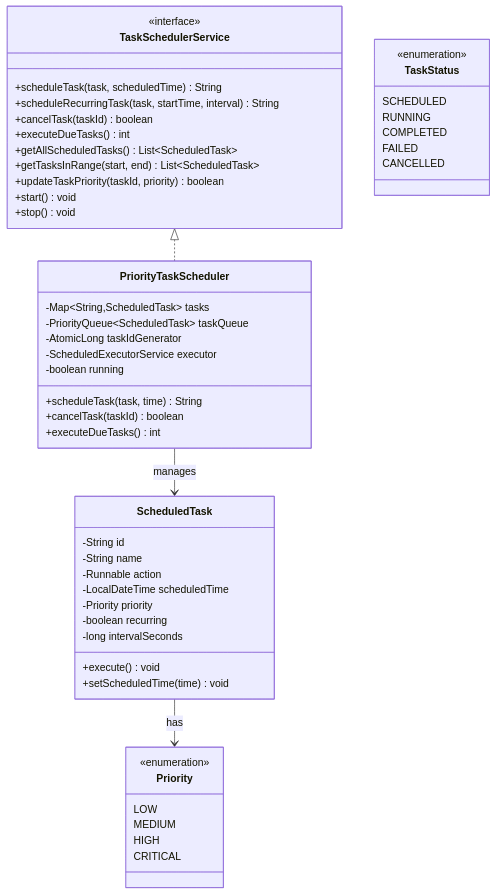
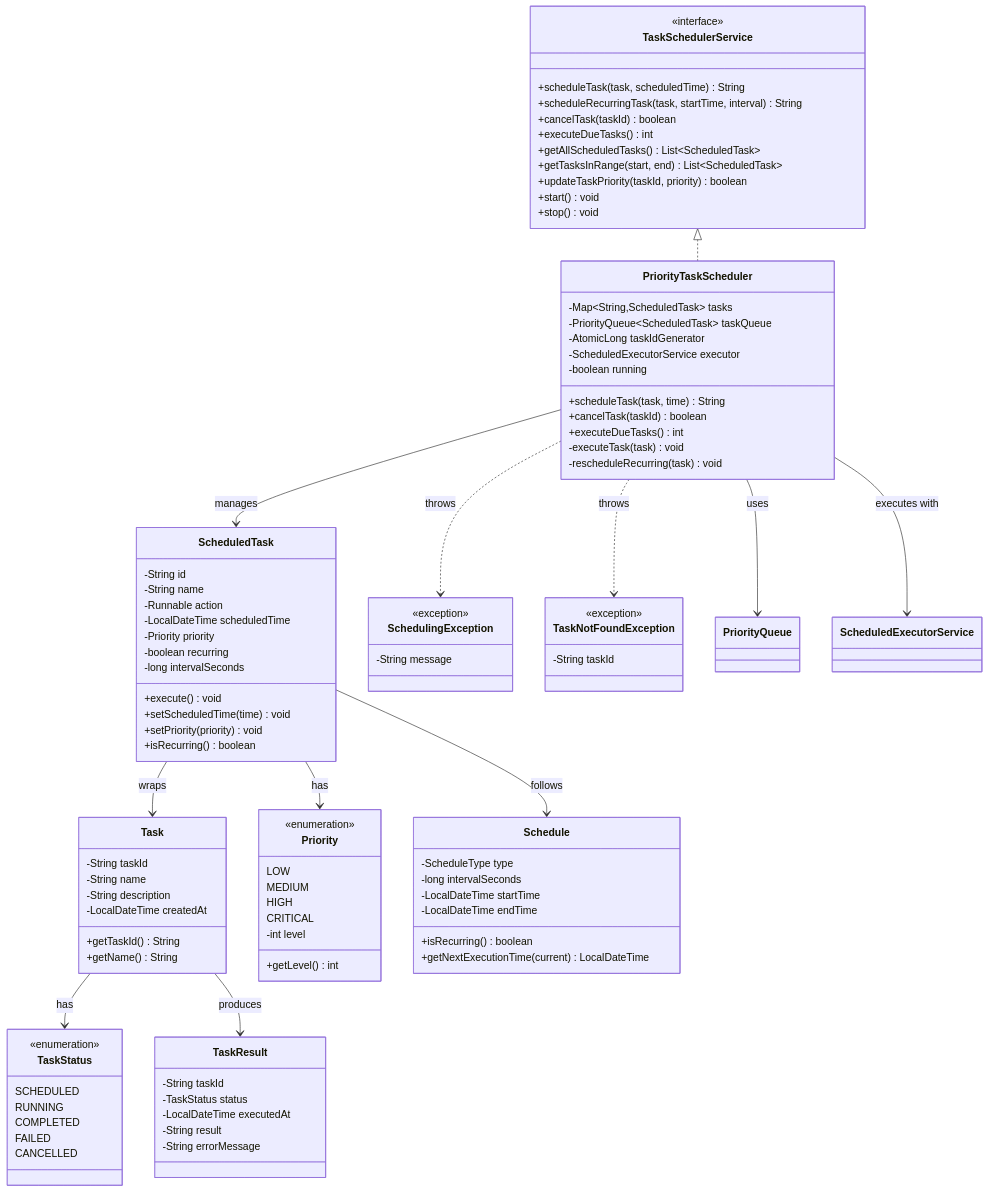
Before and after one commit to dlkr18/lld-playbook: the diagram in docs/problems/taskscheduler/README.md, drawn with Mermaid. The commit also changed other lines of this file and 86 other files, not shown here.

````diff
--- a/docs/problems/taskscheduler/README.md
+++ b/docs/problems/taskscheduler/README.md
@@ -106,6 +106,8 @@
         +scheduleTask(task, time) String
         +cancelTask(taskId) boolean
         +executeDueTasks() int
+        -executeTask(task) void
+        -rescheduleRecurring(task) void
     }
     
     class ScheduledTask {
@@ -118,6 +120,17 @@
         -long intervalSeconds
         +execute() void
         +setScheduledTime(time) void
+        +setPriority(priority) void
+        +isRecurring() boolean
+    }
+    
+    class Task {
+        -String taskId
+        -String name
+        -String description
+        -LocalDateTime createdAt
+        +getTaskId() String
+        +getName() String
     }
     
     class Priority {
@@ -126,6 +139,8 @@
         MEDIUM
         HIGH
         CRITICAL
+        -int level
+        +getLevel() int
     }
     
     class TaskStatus {
@@ -137,7 +152,42 @@
         CANCELLED
     }
     
+    class TaskResult {
+        -String taskId
+        -TaskStatus status
+        -LocalDateTime executedAt
+        -String result
+        -String errorMessage
+    }
+    
+    class Schedule {
+        -ScheduleType type
+        -long intervalSeconds
+        -LocalDateTime startTime
+        -LocalDateTime endTime
+        +isRecurring() boolean
+        +getNextExecutionTime(current) LocalDateTime
+    }
+    
+    class SchedulingException {
+        <<exception>>
+        -String message
+    }
+    
+    class TaskNotFoundException {
+        <<exception>>
+        -String taskId
+    }
+    
     TaskSchedulerService <|.. PriorityTaskScheduler
     PriorityTaskScheduler --> ScheduledTask : manages
+    PriorityTaskScheduler --> PriorityQueue : uses
+    PriorityTaskScheduler --> ScheduledExecutorService : executes with
     ScheduledTask --> Priority : has
+    ScheduledTask --> Task : wraps
+    ScheduledTask --> Schedule : follows
+    Task --> TaskStatus : has
+    Task --> TaskResult : produces
+    PriorityTaskScheduler ..> SchedulingException : throws
+    PriorityTaskScheduler ..> TaskNotFoundException : throws
 ```
````
